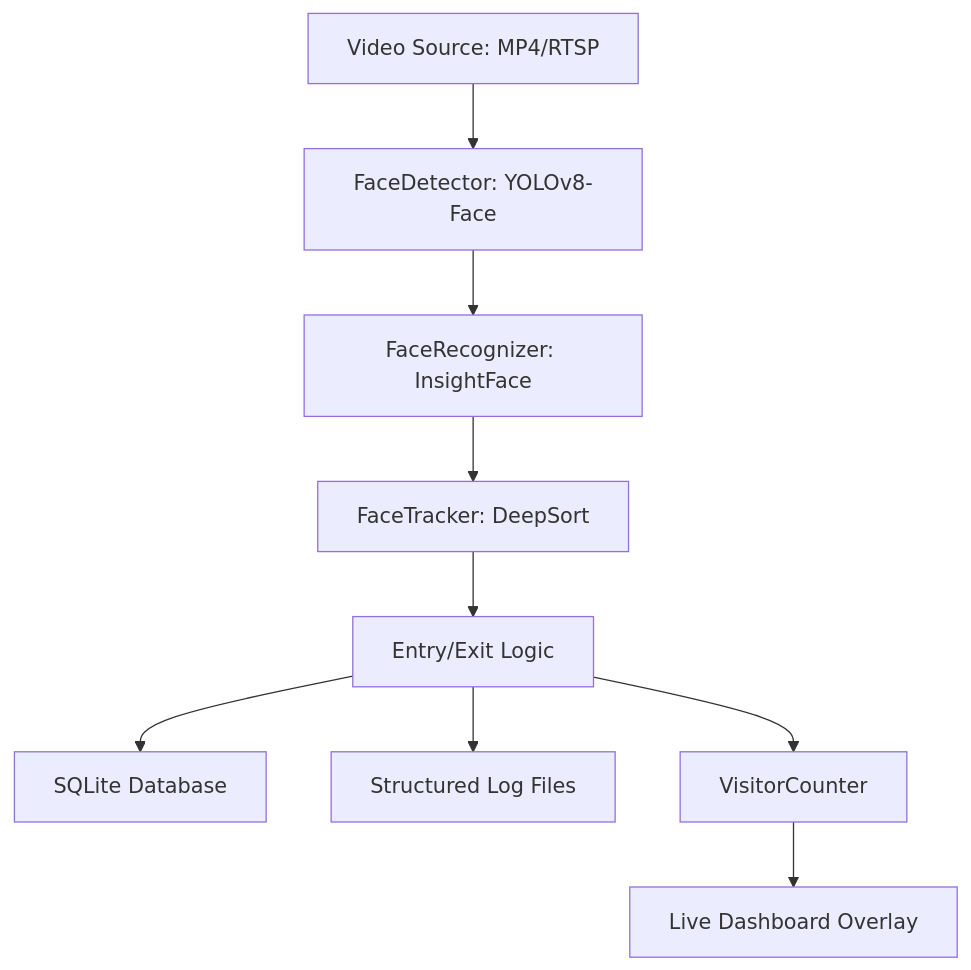
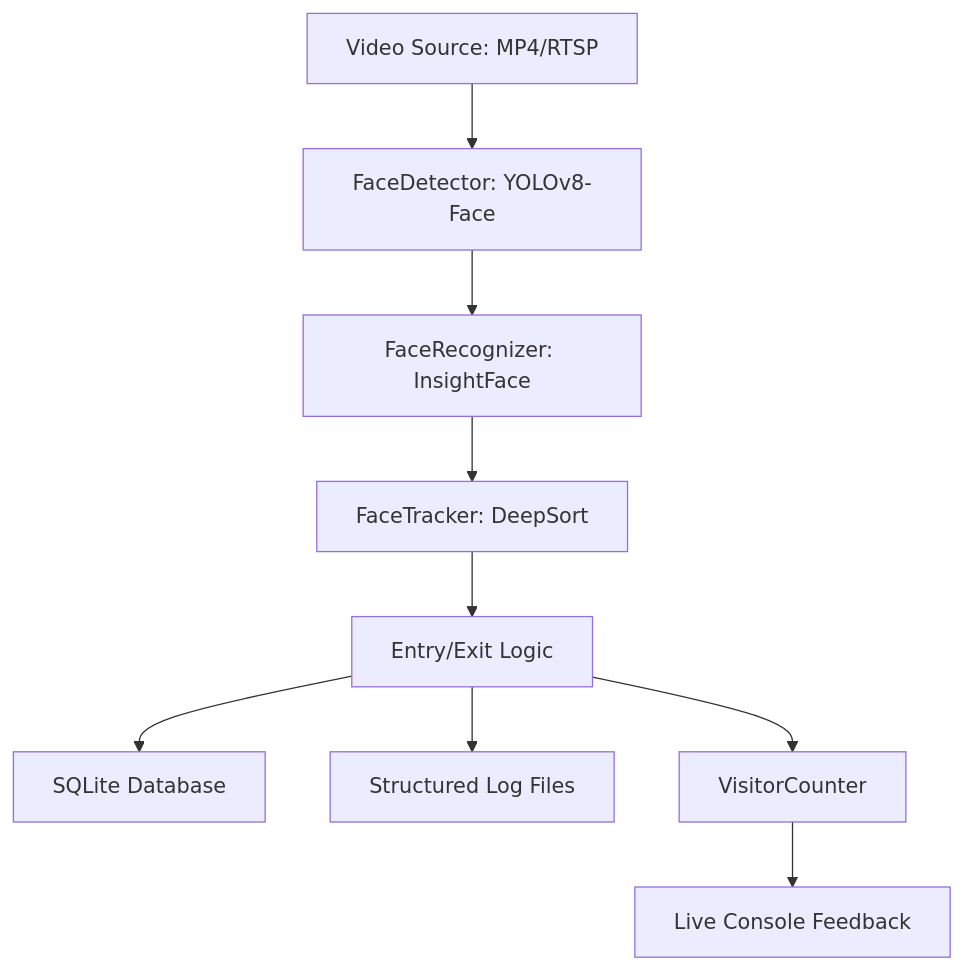
The diagram in README.md (vithaha05/face_tracker), drawn with Mermaid before and after one commit. The commit also changed other lines of this file and 29 other files, not shown here.

````diff
--- a/README.md
+++ b/README.md
@@ -19,11 +23,11 @@
 ```mermaid
 graph TD
     A[Video Source: MP4/RTSP] --> B[FaceDetector: YOLOv8-Face]
     B --> C[FaceRecognizer: InsightFace]
     C --> D[FaceTracker: DeepSort]
     D --> E[Entry/Exit Logic]
     E --> F[SQLite Database]
     E --> G[Structured Log Files]
     E --> H[VisitorCounter]
-    H --> I[Live Dashboard Overlay]
+    H --> I[Live Console Feedback]
 ```
````
